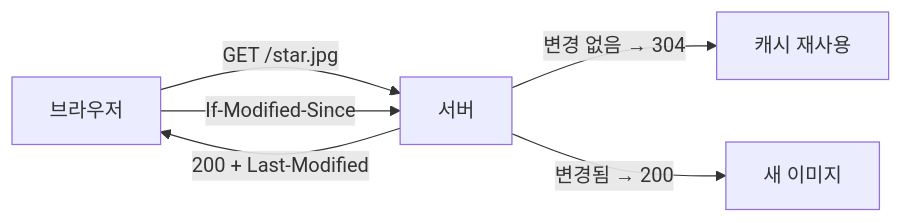
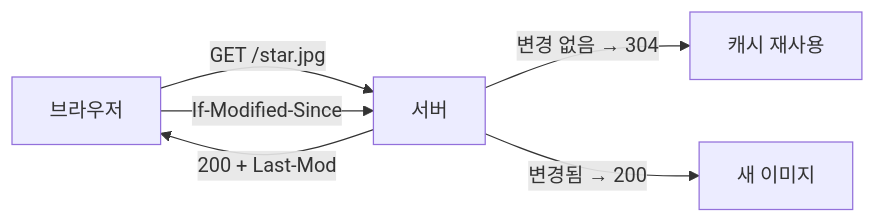
One commit to yjkim2015/yjkim2015.github.io changed the third of 5 diagrams in _posts/http/2021-02-18-http-9.md. Above: the diagram before and after it, drawn with Mermaid. The commit also changed other lines of this file and 245 other files, not shown here.

First line of the commit message:
Mermaid 다이어그램 전면 수정 + 면접 포인트 접기/펼치기 + DB 데드락 페이지

````diff
--- a/_posts/http/2021-02-18-http-9.md
+++ b/_posts/http/2021-02-18-http-9.md
@@ -111,8 +111,8 @@
 ```mermaid
 graph LR
     C["브라우저"] -->|"GET /star.jpg"| S["서버"]
-    S -->|"200 + Last-Modified"| C
+    S -->|"200 + Last-Mod"| C
     C -->|"If-Modified-Since"| S
     S -->|"변경 없음 → 304"| CACHE["캐시 재사용"]
     S -->|"변경됨 → 200"| NEW["새 이미지"]
 ```
````
